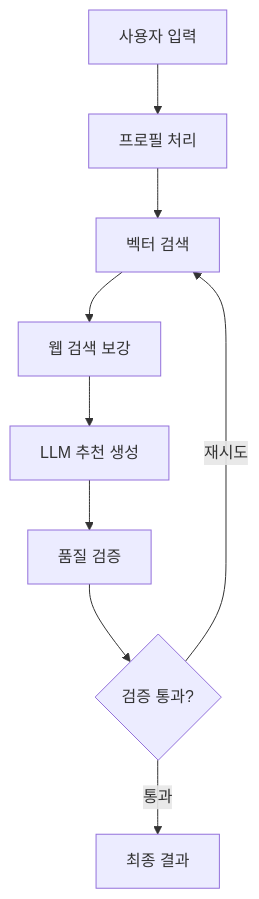
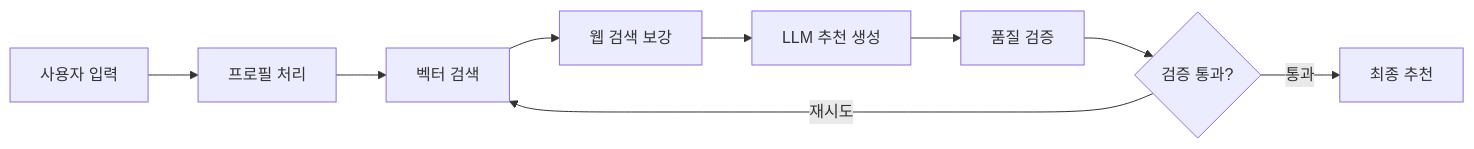
Before and after one commit to hjlim4u/manga_recommendation: the second of 2 diagrams in README.md, drawn with Mermaid. The commit also changed other lines of this file, not shown here.

````diff
--- a/README.md
+++ b/README.md
@@ -215,11 +162,11 @@
 ```mermaid
-graph TD
+graph LR
     A[사용자 입력] --> B[프로필 처리]
     B --> C[벡터 검색]
     C --> D[웹 검색 보강]
     D --> E[LLM 추천 생성]
     E --> F[품질 검증]
     F --> G{검증 통과?}
     G -->|재시도| C
-    G -->|통과| H[최종 결과]
+    G -->|통과| H[최종 추천]
 ```
````
